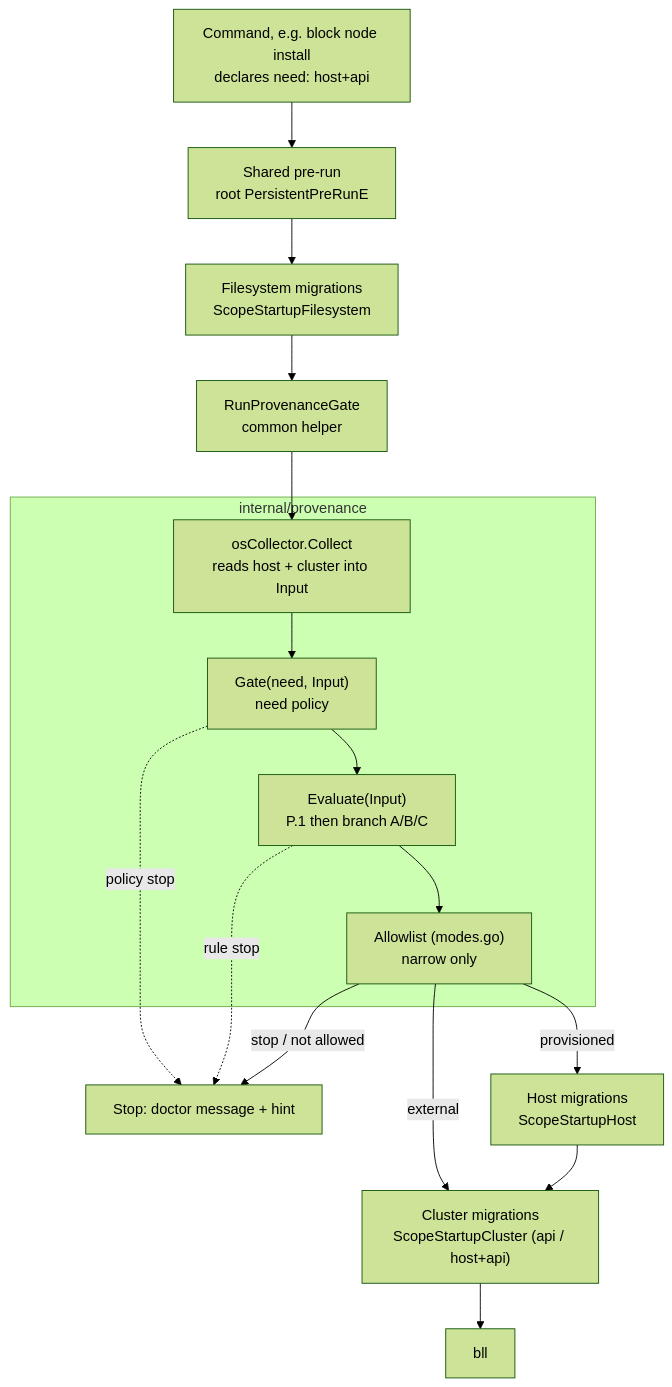
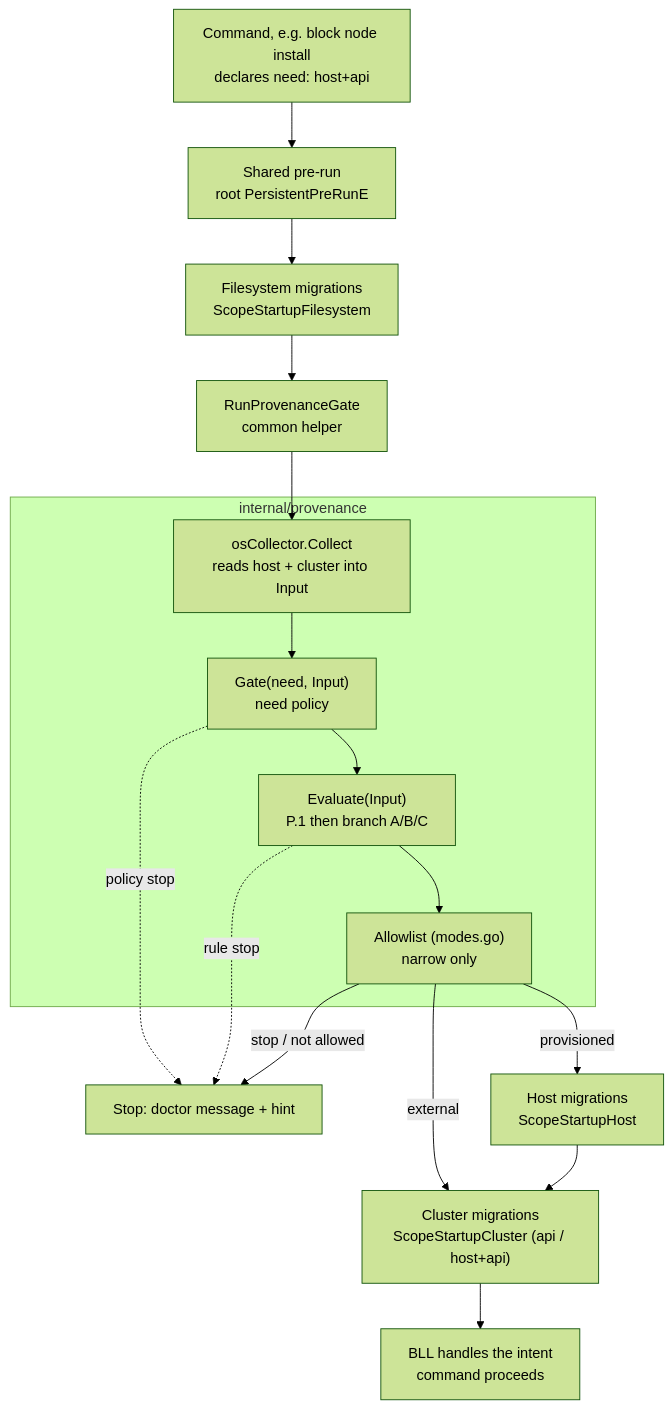
Before and after one commit to hashgraph/solo-weaver: the first of 2 diagrams in docs/dev/provenance-gate.md, drawn with Mermaid (forest theme). The commit also changed other lines of this file and 1 other file, not shown here.

First line of the commit message:
feat(migration): run cluster migrations in external mode too

````diff
--- a/docs/dev/provenance-gate.md
+++ b/docs/dev/provenance-gate.md
@@ -32,19 +34,19 @@
 ```mermaid
 flowchart TD
     cmd["Command, e.g. block node install<br/>declares need: host+api"] --> prerun["Shared pre-run<br/>root PersistentPreRunE"]
     prerun --> fsmig["Filesystem migrations<br/>ScopeStartupFilesystem"]
     fsmig --> rpg["RunProvenanceGate<br/>common helper"]
     rpg --> collect
     subgraph prov ["internal/provenance"]
         collect["osCollector.Collect<br/>reads host + cluster into Input"] --> gate["Gate(need, Input)<br/>need policy"]
         gate --> eval["Evaluate(Input)<br/>P.1 then branch A/B/C"]
         eval --> allow["Allowlist (modes.go)<br/>narrow only"]
     end
     gate -. policy stop .-> stop
     eval -. rule stop .-> stop
     allow -->|stop / not allowed| stop["Stop: doctor message + hint"]
     allow -->|external| clustermig["Cluster migrations<br/>ScopeStartupCluster (api / host+api)"]
     allow -->|provisioned| hostmig["Host migrations<br/>ScopeStartupHost"]
-    hostmig --> clustermig["Cluster migrations<br/>ScopeStartupCluster (api / host+api)"]
-    clustermig --> bll
+    hostmig --> clustermig
+    clustermig --> bll["BLL handles the intent<br/>command proceeds"]
 ```
````
